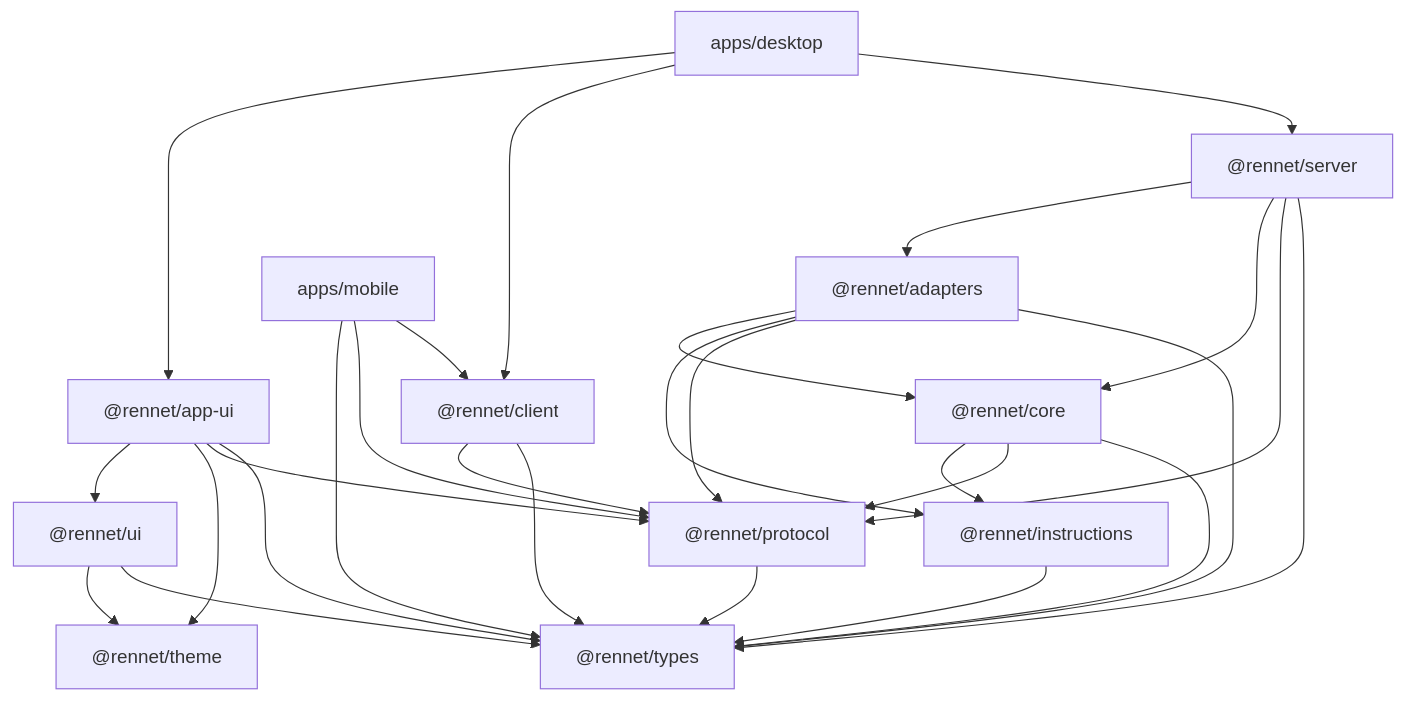
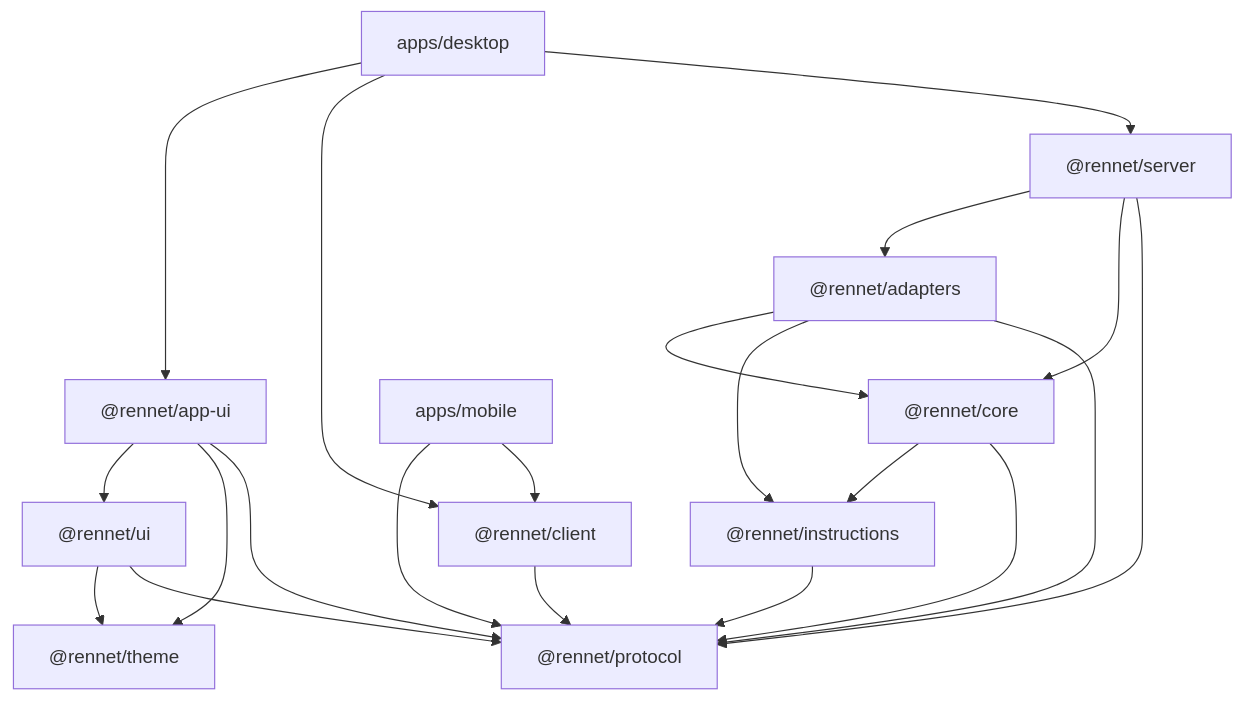
One commit to rbutera/Rennet changed the diagram in docs/developing/guides/repository-bootstrap.md. Above: the diagram before and after it, drawn with Mermaid. The commit also changed other lines of this file and 6 other files, not shown here.

Commit message:
docs(boundaries): drop @rennet/types from monorepo map and boundary docs; protocol is the base layer (B1 cluster 5, #489)

````diff
--- a/docs/developing/guides/repository-bootstrap.md
+++ b/docs/developing/guides/repository-bootstrap.md
@@ -47,43 +47,35 @@
 ```mermaid
 flowchart TD
-  types["@rennet/types"]
   theme["@rennet/theme"]
   protocol["@rennet/protocol"]
   instructions["@rennet/instructions"]
   core["@rennet/core"]
   adapters["@rennet/adapters"]
   server["@rennet/server"]
   client["@rennet/client"]
   ui["@rennet/ui"]
   appui["@rennet/app-ui"]
   desktop["apps/desktop"]
   mobile["apps/mobile"]
 
-  protocol --> types
-  instructions --> types
-  core --> types
+  instructions --> protocol
   core --> protocol
   core --> instructions
-  adapters --> types
   adapters --> protocol
   adapters --> instructions
   adapters --> core
-  server --> types
   server --> protocol
   server --> core
   server --> adapters
-  client --> types
   client --> protocol
-  ui --> types
+  ui --> protocol
   ui --> theme
-  appui --> types
   appui --> protocol
   appui --> theme
   appui --> ui
   desktop --> server
   desktop --> client
   desktop --> appui
   mobile --> client
   mobile --> protocol
-  mobile --> types
 ```
````
